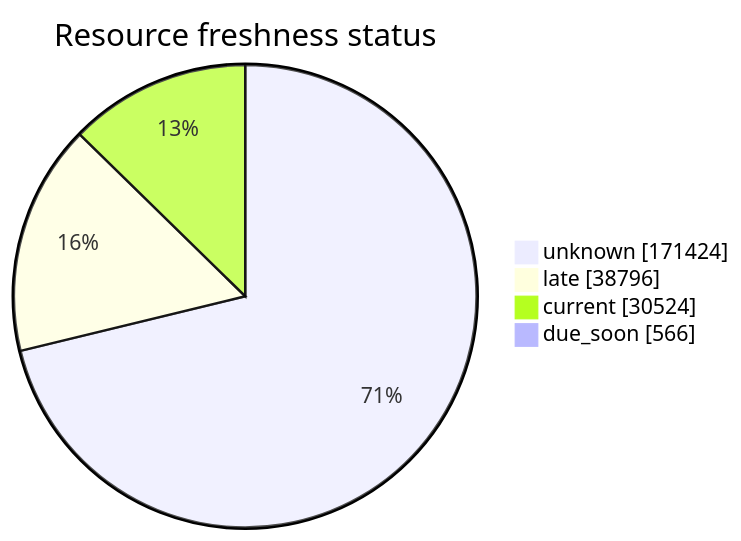
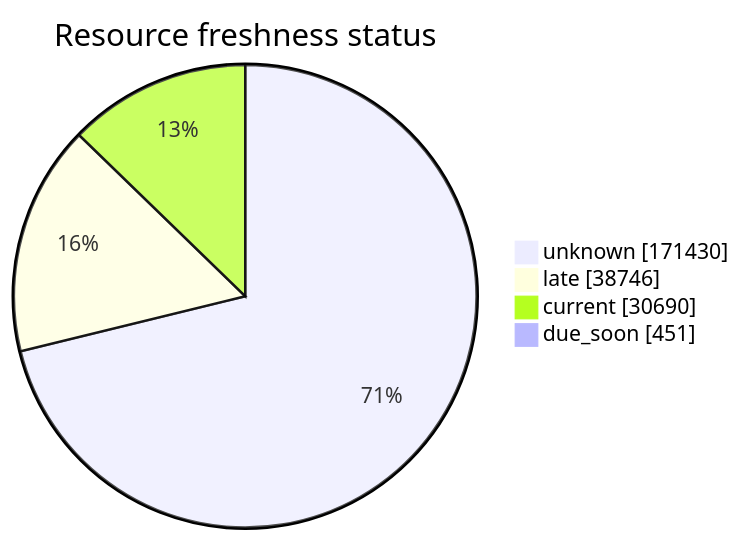
One commit to open-data/analytics-corporate-reporting changed the third of 5 diagrams in FreshCheck/README.md. Above: the diagram before and after it, drawn with Mermaid. The commit also changed other lines of this file and 3 other files, not shown here.

````diff
--- a/FreshCheck/README.md
+++ b/FreshCheck/README.md
@@ -77,7 +77,7 @@
 ```mermaid
 pie showData title Resource freshness status
-    "unknown": 171424
-    "late": 38796
-    "current": 30524
-    "due_soon": 566
+    "unknown": 171430
+    "late": 38746
+    "current": 30690
+    "due_soon": 451
 ```
````
